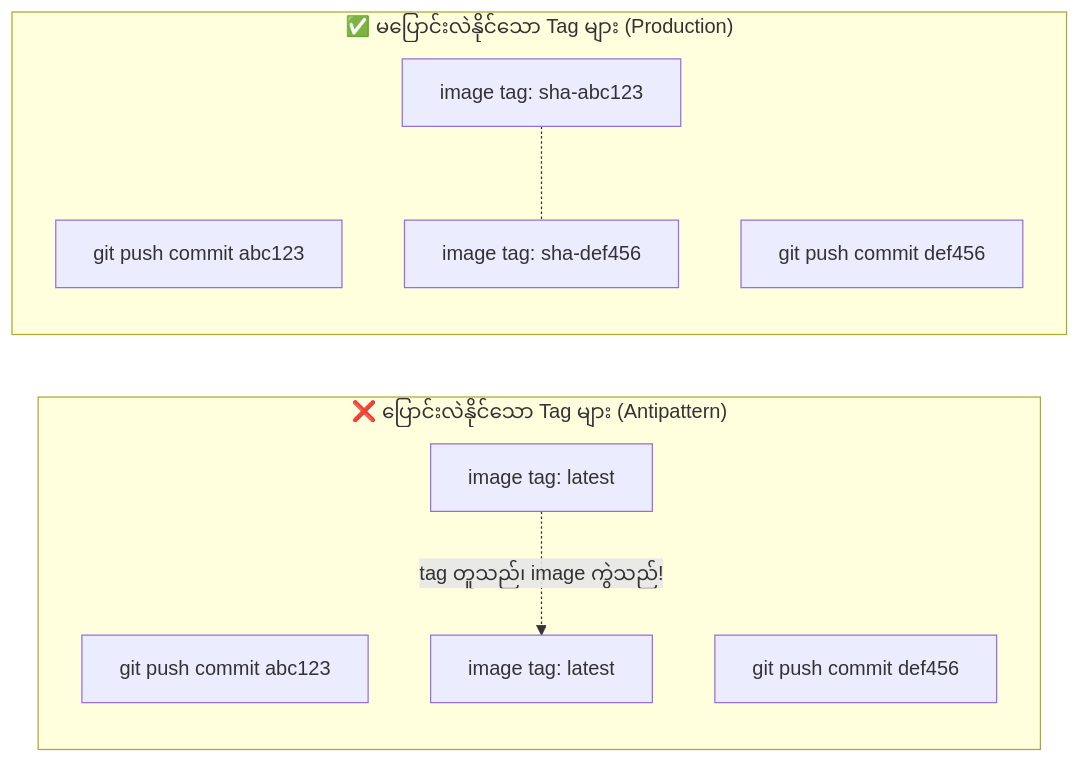
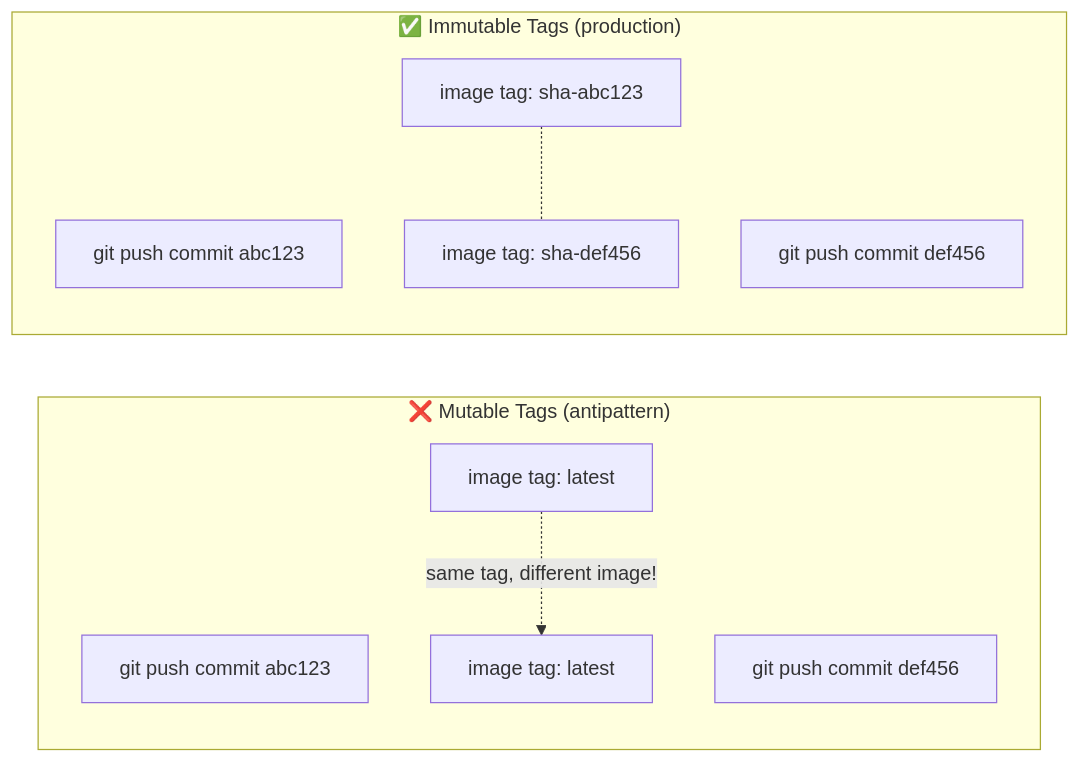
One commit to zinoo-dez/devops-zero-to-hero changed the first of 2 diagrams in content/my/courses/cicd-project/05-registry-publish.mdx. Above: the diagram before and after it, drawn with Mermaid. The commit also changed other lines of this file and 43 other files, not shown here.

````diff
--- a/content/my/courses/cicd-project/05-registry-publish.mdx
+++ b/content/my/courses/cicd-project/05-registry-publish.mdx
@@ -22,18 +22,18 @@
 ```mermaid
 flowchart LR
-    subgraph bad["❌ ပြောင်းလဲနိုင်သော Tag များ (Antipattern)"]
+    subgraph bad["❌ Mutable Tags (antipattern)"]
         B1[git push commit abc123]
         B2[image tag: latest]
         B3[git push commit def456]
         B4[image tag: latest]
-        B2 -.->|tag တူသည်၊ image ကွဲသည်!| B4
+        B2 -.->|same tag, different image!| B4
     end
 
-    subgraph good["✅ မပြောင်းလဲနိုင်သော Tag များ (Production)"]
+    subgraph good["✅ Immutable Tags (production)"]
         G1[git push commit abc123]
         G2["image tag: sha-abc123"]
         G3[git push commit def456]
         G4["image tag: sha-def456"]
         G2 -.- G4
     end
 ```
````
